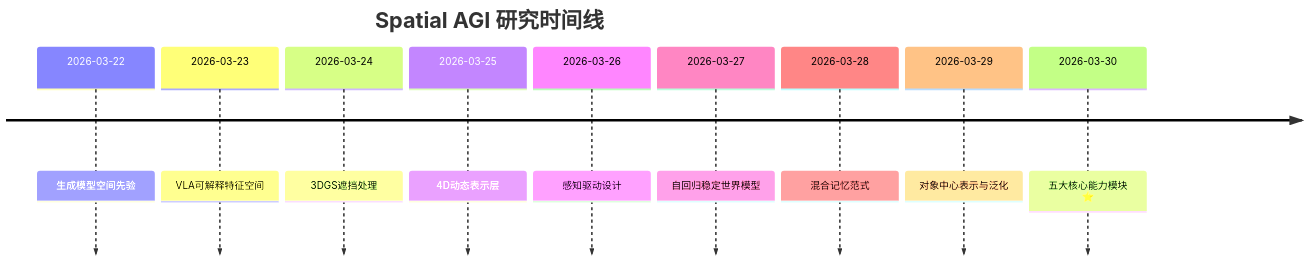
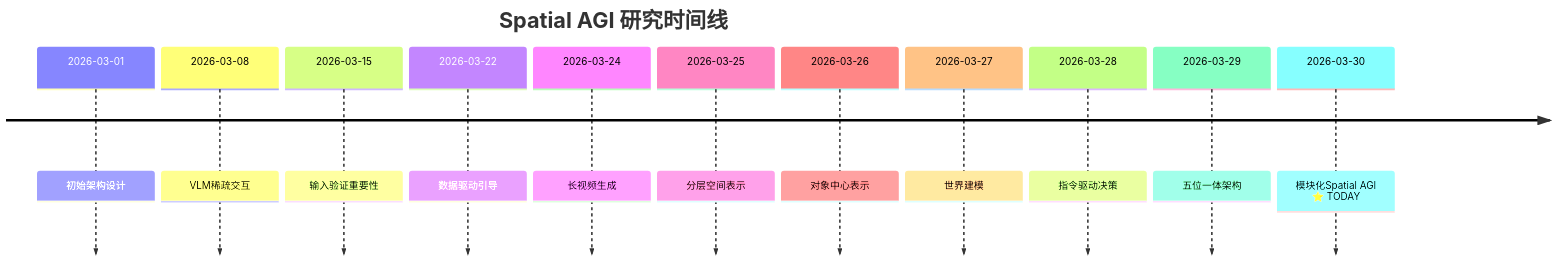
One commit to liup19/spatial_agi changed the fourth of 4 diagrams in daily_thinking/2026-03-30.md. Above: the diagram before and after it, drawn with Mermaid. The commit also changed other lines of this file and 1 other file, not shown here.

First line of the commit message:
feat: Spatial AGI Research - 2026-03-30

````diff
--- a/daily_thinking/2026-03-30.md
+++ b/daily_thinking/2026-03-30.md
@@ -437,13 +594,15 @@
 ```mermaid
 timeline
     title Spatial AGI 研究时间线
-    2026-03-22 : 生成模型空间先验
-    2026-03-23 : VLA可解释特征空间
-    2026-03-24 : 3DGS遮挡处理
-    2026-03-25 : 4D动态表示层
-    2026-03-26 : 感知驱动设计
-    2026-03-27 : 自回归稳定世界模型
-    2026-03-28 : 混合记忆范式
-    2026-03-29 : 对象中心表示与泛化
-    2026-03-30 : 五大核心能力模块 ⭐
+    2026-03-01 : 初始架构设计
+    2026-03-08 : VLM稀疏交互
+    2026-03-15 : 输入验证重要性
+    2026-03-22 : 数据驱动引导
+    2026-03-24 : 长视频生成
+    2026-03-25 : 分层空间表示
+    2026-03-26 : 对象中心表示
+    2026-03-27 : 世界建模
+    2026-03-28 : 指令驱动决策
+    2026-03-29 : 五位一体架构
+    2026-03-30 : 模块化Spatial AGI ⭐ TODAY
 ```
````
